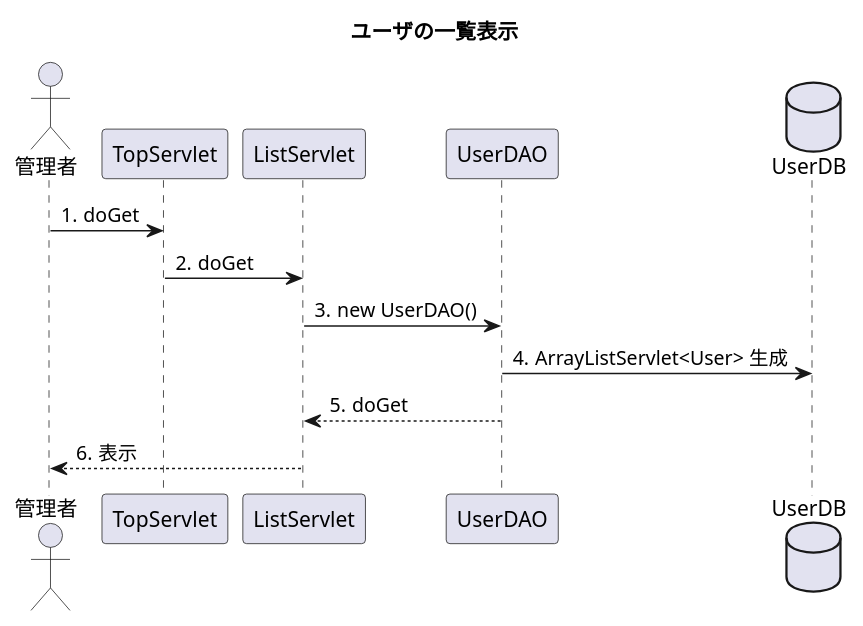
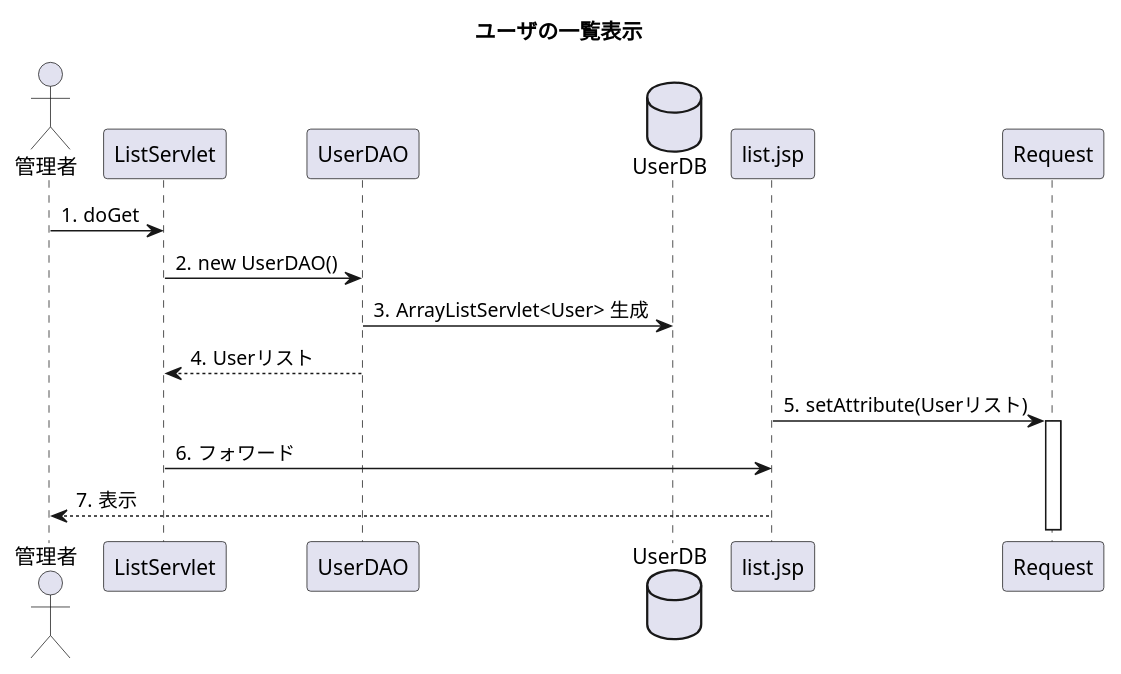
One commit to toufu66/ProjectC changed the diagram in uml_detail/seq_listup.pu. Above: the diagram before and after it, drawn with PlantUML.

Commit message:
詳細シーケンス ユーザ一覧

```diff
--- a/uml_detail/seq_listup.pu
+++ b/uml_detail/seq_listup.pu
@@ -1,19 +1,21 @@
 @startuml
 title ユーザの一覧表示
 
 autonumber "#."
 
 actor 管理者
-participant TopServlet
+
 participant ListServlet
 participant UserDAO
 database UserDB
 
-管理者->TopServlet:doGet
-TopServlet->ListServlet:doGet
+
+管理者->ListServlet:doGet
 ListServlet->UserDAO:new UserDAO()
 UserDAO->UserDB:ArrayListServlet<User> 生成
-UserDAO-->ListServlet:doGet
-ListServlet-->管理者:表示
+UserDAO-->ListServlet:Userリスト
+list.jsp -> Request++:setAttribute(Userリスト)
+ListServlet -> list.jsp:フォワード
+list.jsp-->管理者:表示
 
 @enduml
```
